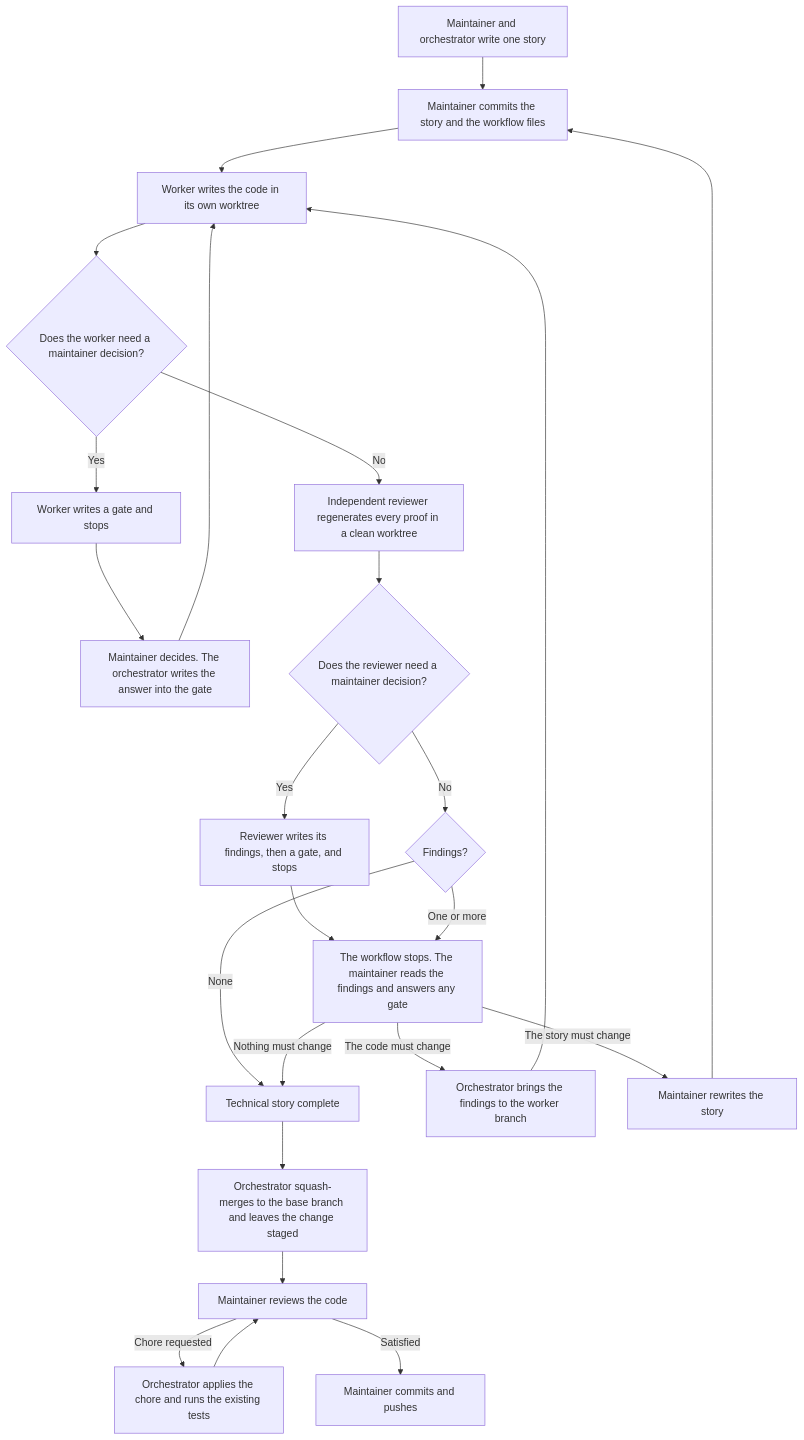
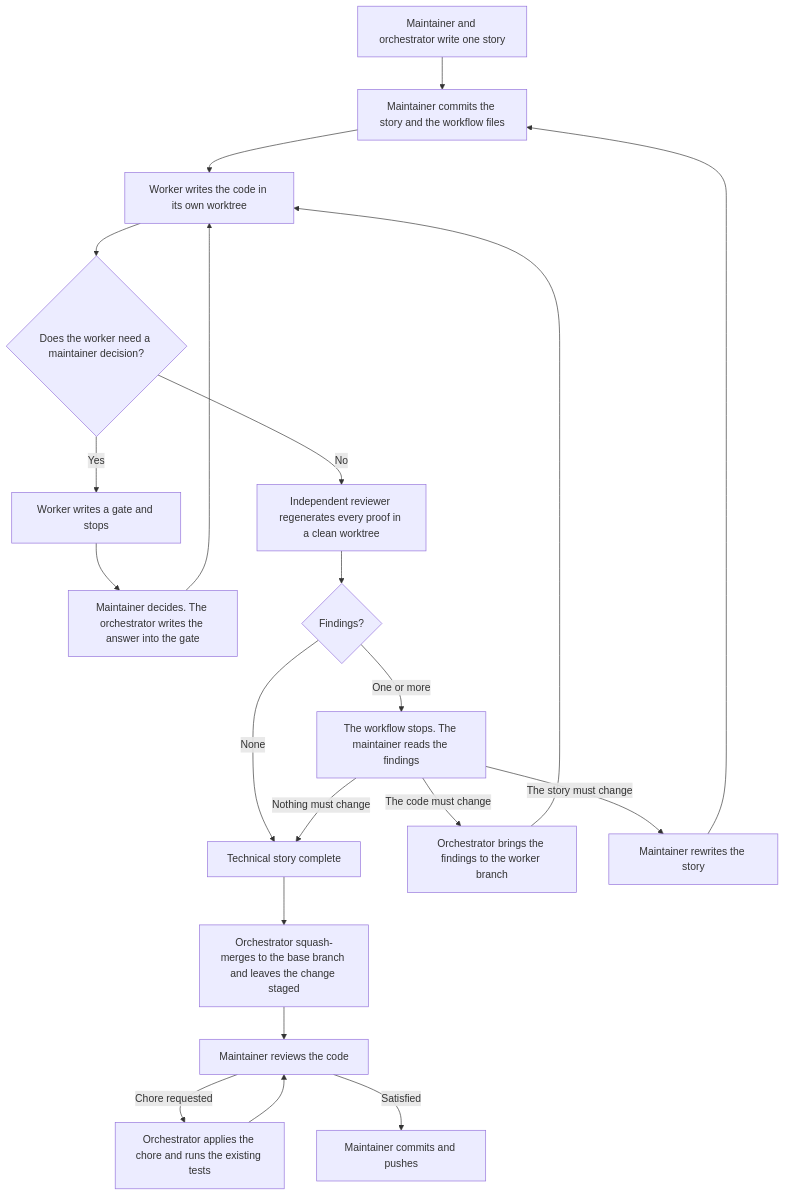
The diagram in CONTRIBUTING.md (emilioSp/my-weather-station), drawn with Mermaid before and after one commit. The commit also changed other lines of this file, not shown here.

````diff
--- a/CONTRIBUTING.md
+++ b/CONTRIBUTING.md
@@ -28,26 +28,23 @@
 ```mermaid
 flowchart TD
     story[Maintainer and orchestrator write one story] --> base[Maintainer commits the story and the workflow files]
     base --> work[Worker writes the code in its own worktree]
     work --> workGate{Does the worker need a maintainer decision?}
     workGate -->|Yes| workerGate[Worker writes a gate and stops]
     workerGate --> workAnswer[Maintainer decides. The orchestrator writes the answer into the gate]
     workAnswer --> work
     workGate -->|No| review[Independent reviewer regenerates every proof in a clean worktree]
-    review --> revGate{Does the reviewer need a maintainer decision?}
-    revGate -->|Yes| reviewerGate[Reviewer writes its findings, then a gate, and stops]
-    reviewerGate --> ball
-    revGate -->|No| findings{Findings?}
+    review --> findings{Findings?}
     findings -->|None| candidate[Technical story complete]
-    findings -->|One or more| ball[The workflow stops. The maintainer reads the findings and answers any gate]
+    findings -->|One or more| ball[The workflow stops. The maintainer reads the findings]
     ball -->|Nothing must change| candidate
     ball -->|The code must change| merge[Orchestrator brings the findings to the worker branch]
     merge --> work
     ball -->|The story must change| rewrite[Maintainer rewrites the story]
     rewrite --> base
     candidate --> staged[Orchestrator squash-merges to the base branch and leaves the change staged]
     staged --> human[Maintainer reviews the code]
     human -->|Chore requested| chore[Orchestrator applies the chore and runs the existing tests]
     chore --> human
     human -->|Satisfied| push[Maintainer commits and pushes]
 ```
````
